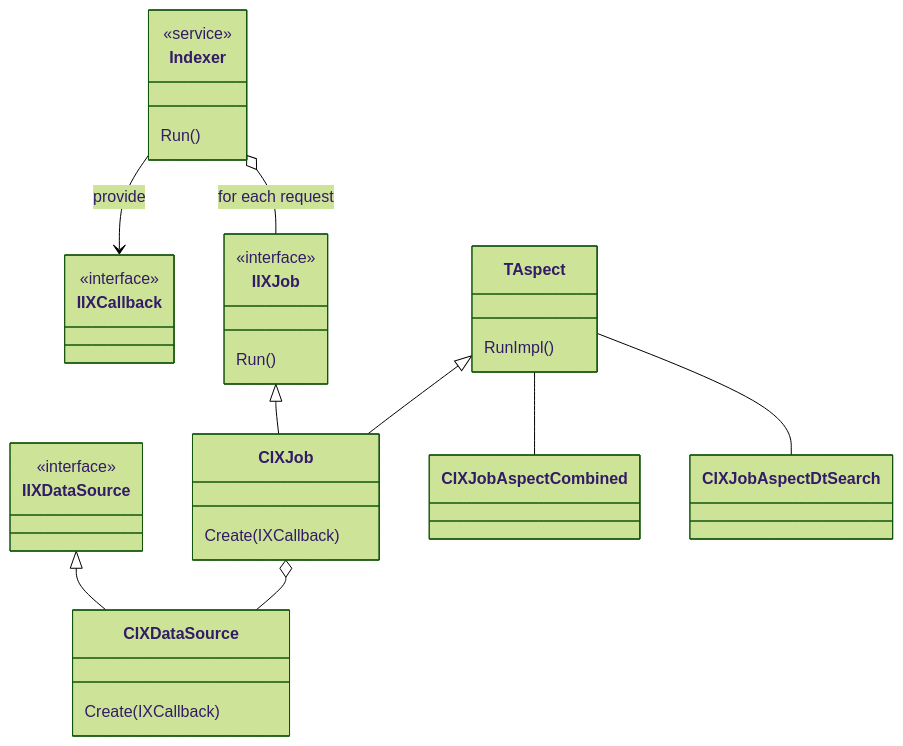
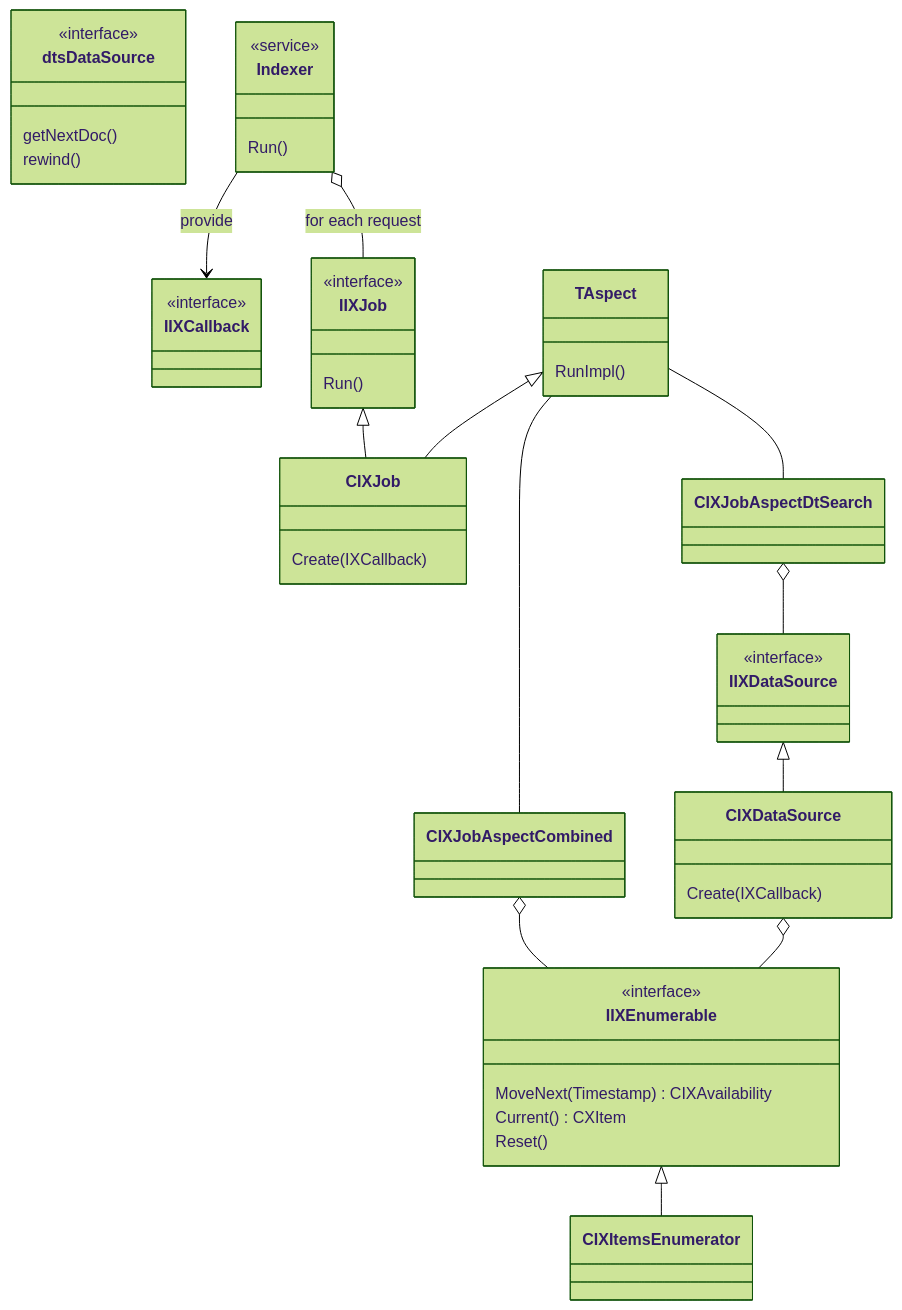
One commit to lightcaurby/Code-IXSample changed the second of 3 diagrams in README.md. Above: the diagram before and after it, drawn with Mermaid (forest theme). The commit also changed other lines of this file and 1 other file, not shown here.

Commit message:
Refactored a bit.

````diff
--- a/README.md
+++ b/README.md
@@ -58,33 +58,48 @@
 ```mermaid
 classDiagram
 
 class IIXCallback
 <<interface>> IIXCallback
 
-class IIXDataSource
-<<interface>> IIXDataSource
-IIXDataSource <|-- CIXDataSource
-CIXDataSource : Create( IXCallback )
 
 class TAspect
 
 class IIXJob
 <<interface>> IIXJob
 IIXJob : Run()
 IIXJob <|-- CIXJob
 CIXJob : Create( IXCallback )
-CIXJob o-- CIXDataSource
 TAspect <|-- CIXJob
 TAspect : RunImpl()
 TAspect -- CIXJobAspectCombined
 TAspect -- CIXJobAspectDtSearch
+
+class IIXEnumerable
+<<interface>> IIXEnumerable
+IIXEnumerable : MoveNext( Timestamp ) CIXAvailability
+IIXEnumerable : Current() CXItem
+IIXEnumerable : Reset()
+IIXEnumerable <|-- CIXItemsEnumerator
+CIXJobAspectCombined o-- IIXEnumerable
+
+class IIXDataSource
+<<interface>> IIXDataSource
+IIXDataSource <|-- CIXDataSource
+CIXDataSource : Create( IXCallback )
+CIXJobAspectDtSearch o-- IIXDataSource
+CIXDataSource o-- IIXEnumerable
+
+class dtsDataSource
+<<interface>> dtsDataSource
+dtsDataSource : getNextDoc()
+dtsDataSource : rewind()
 
 class Indexer
 <<service>> Indexer
 
 Indexer : Run()
 Indexer --> IIXCallback : provide
 Indexer o-- IIXJob : for each request
 
 
 ```
````
